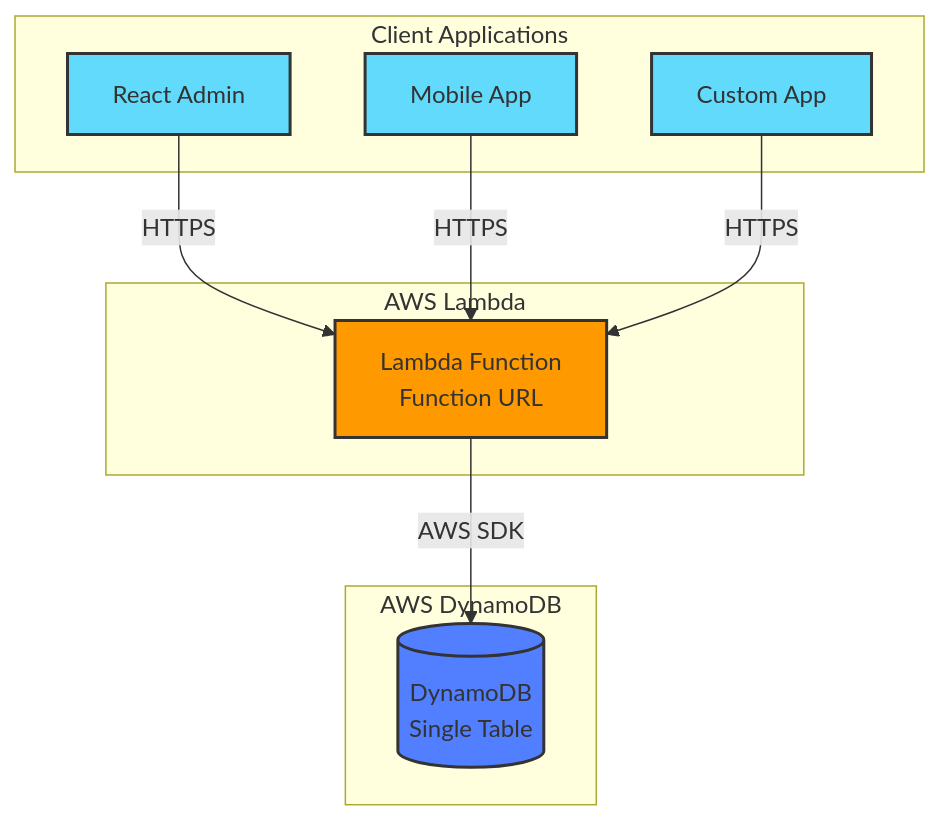
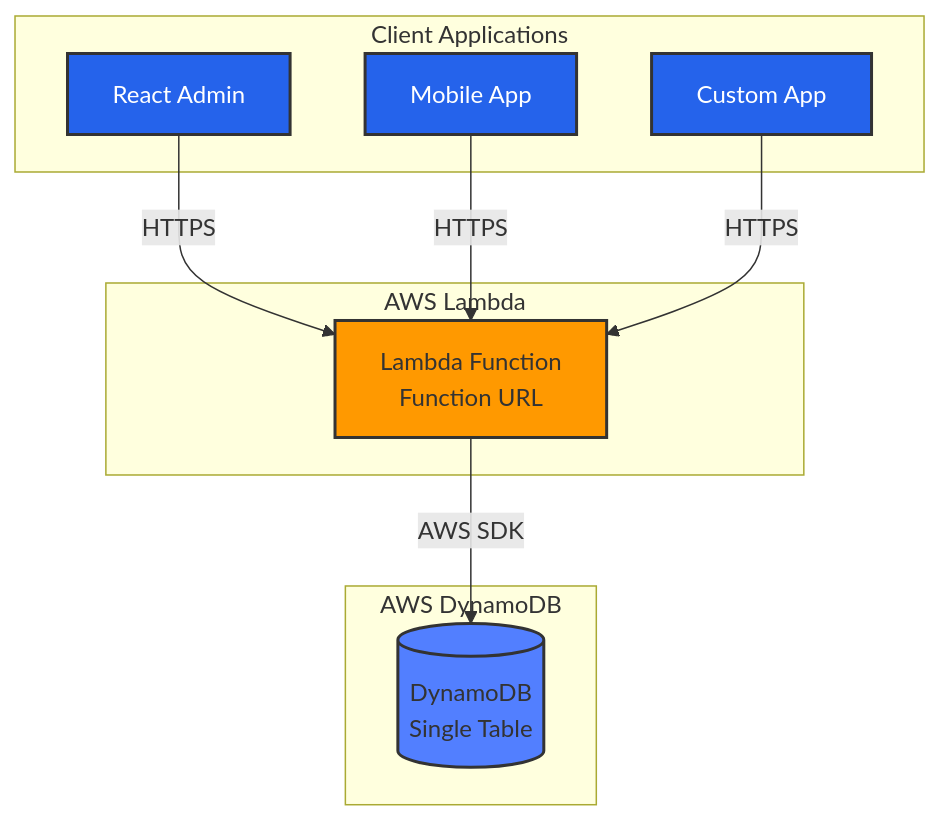
Before and after one commit to exabugs/dynamodb-client: the diagram in README.md, drawn with Mermaid.

Commit message:
docs: improve architecture diagram readability
- Change Client Applications background color from light blue to dark blue
- Add explicit white text color for better contrast
- Improve visibility of React Admin, Mobile App, and Custom App labels

````diff
--- a/README.md
+++ b/README.md
@@ -108,27 +108,27 @@
 ```mermaid
 graph TB
     subgraph "Client Applications"
         A[React Admin]
         B[Mobile App]
         C[Custom App]
     end
 
     subgraph "AWS Lambda"
         D[Lambda Function<br/>Function URL]
     end
 
     subgraph "AWS DynamoDB"
         E[(DynamoDB<br/>Single Table)]
     end
 
     A -->|HTTPS| D
     B -->|HTTPS| D
     C -->|HTTPS| D
     D -->|AWS SDK| E
 
-    style A fill:#61dafb,stroke:#333,stroke-width:2px
-    style B fill:#61dafb,stroke:#333,stroke-width:2px
-    style C fill:#61dafb,stroke:#333,stroke-width:2px
+    style A fill:#2563eb,stroke:#333,stroke-width:2px,color:#fff
+    style B fill:#2563eb,stroke:#333,stroke-width:2px,color:#fff
+    style C fill:#2563eb,stroke:#333,stroke-width:2px,color:#fff
     style D fill:#ff9900,stroke:#333,stroke-width:2px
     style E fill:#527fff,stroke:#333,stroke-width:2px
 ```
````
